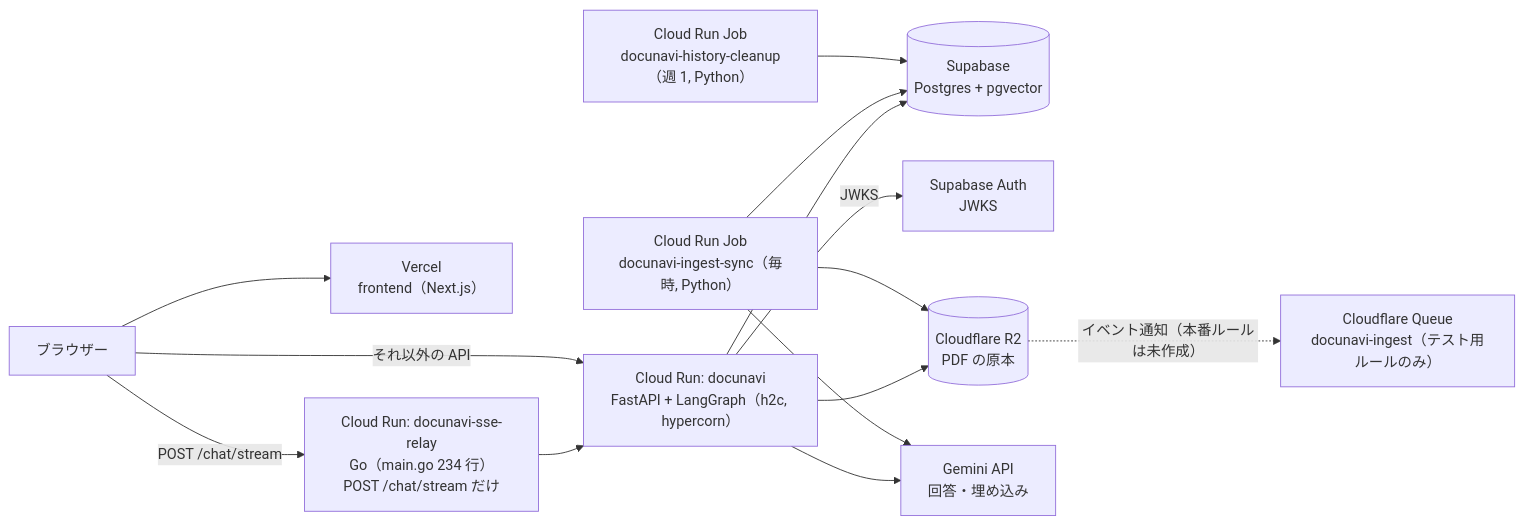
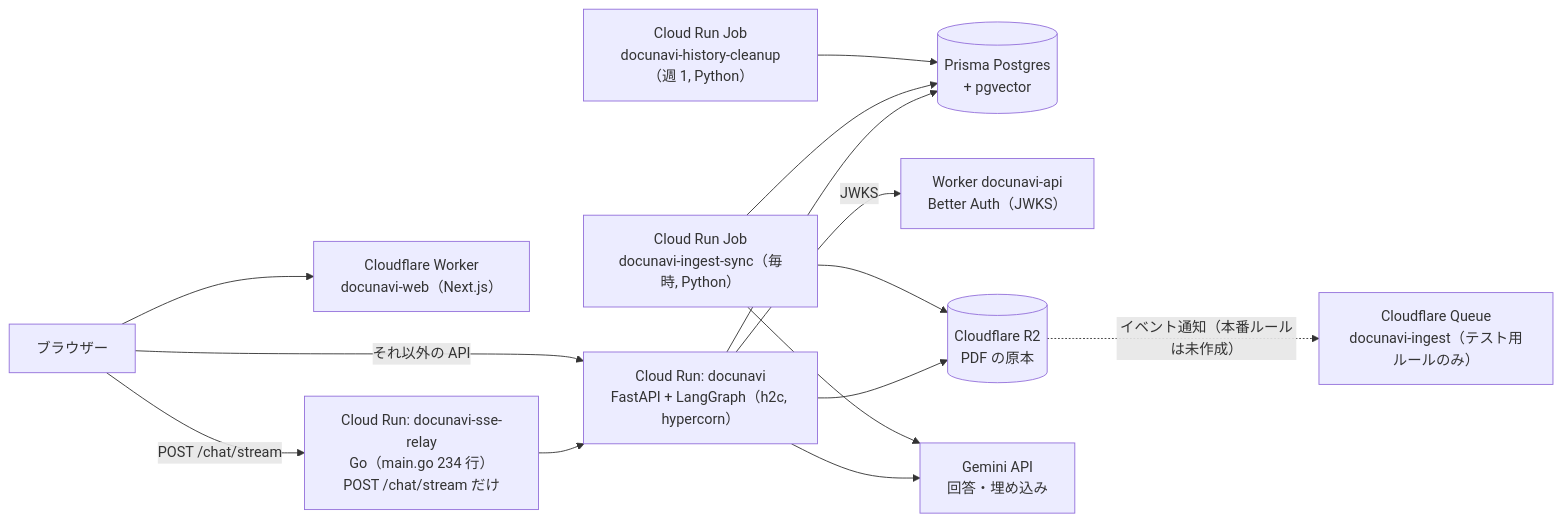
The diagram in docs/go-architecture-plan.md (Starlight-Tree/DocuNavi), drawn with Mermaid before and after one commit. The commit also changed other lines of this file and 19 other files, not shown here.

````diff
--- a/docs/go-architecture-plan.md
+++ b/docs/go-architecture-plan.md
@@ -22,27 +22,27 @@
 ```mermaid
 flowchart LR
     browser["ブラウザー"]
-    vercel["Vercel<br/>frontend（Next.js）"]
+    web["Cloudflare Worker<br/>docunavi-web（Next.js）"]
     relay["Cloud Run: docunavi-sse-relay<br/>Go（main.go 234 行）<br/>POST /chat/stream だけ"]
     api["Cloud Run: docunavi<br/>FastAPI + LangGraph（h2c, hypercorn）"]
-    pg[("Supabase<br/>Postgres + pgvector")]
-    authsb["Supabase Auth<br/>JWKS"]
+    pg[("Prisma Postgres<br/>+ pgvector")]
+    authsb["Worker docunavi-api<br/>Better Auth（JWKS）"]
     r2[("Cloudflare R2<br/>PDF の原本")]
     gemini["Gemini API<br/>回答・埋め込み"]
     q["Cloudflare Queue<br/>docunavi-ingest（テスト用ルールのみ）"]
     job["Cloud Run Job<br/>docunavi-ingest-sync（毎時, Python）"]
     clean["Cloud Run Job<br/>docunavi-history-cleanup（週 1, Python）"]
 
-    browser --> vercel
+    browser --> web
     browser -->|"POST /chat/stream"| relay --> api
     browser -->|"それ以外の API"| api
     api --> pg
     api -->|JWKS| authsb
     api --> r2
     api --> gemini
     job --> r2
     job --> pg
     job --> gemini
     clean --> pg
     r2 -.->|"イベント通知（本番ルールは未作成）"| q
 ```
````
